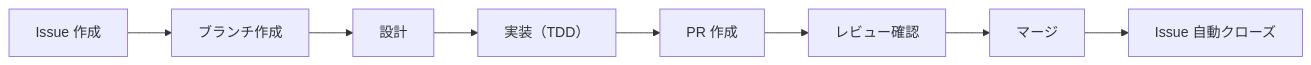
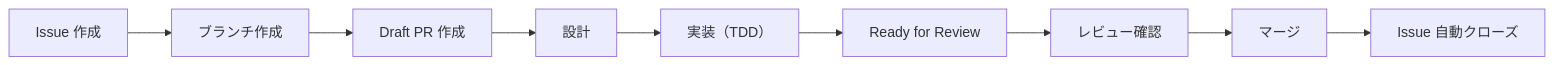
One commit to ka2kama/ringiflow changed the first of 2 diagrams in docs/04_手順書/04_開発フロー/01_Issue駆動開発.md. Above: the diagram before and after it, drawn with Mermaid. The commit also changed other lines of this file and 3 other files, not shown here.

````diff
--- a/docs/04_手順書/04_開発フロー/01_Issue駆動開発.md
+++ b/docs/04_手順書/04_開発フロー/01_Issue駆動開発.md
@@ -20,10 +20,11 @@
 ```mermaid
 flowchart LR
     A["Issue 作成"] --> B["ブランチ作成"]
-    B --> C["設計"]
-    C --> D["実装（TDD）"]
-    D --> E["PR 作成"]
-    E --> F["レビュー確認"]
-    F --> G["マージ"]
-    G --> H["Issue 自動クローズ"]
+    B --> C["Draft PR 作成"]
+    C --> D["設計"]
+    D --> E["実装（TDD）"]
+    E --> F["Ready for Review"]
+    F --> G["レビュー確認"]
+    G --> H["マージ"]
+    H --> I["Issue 自動クローズ"]
 ```
````
